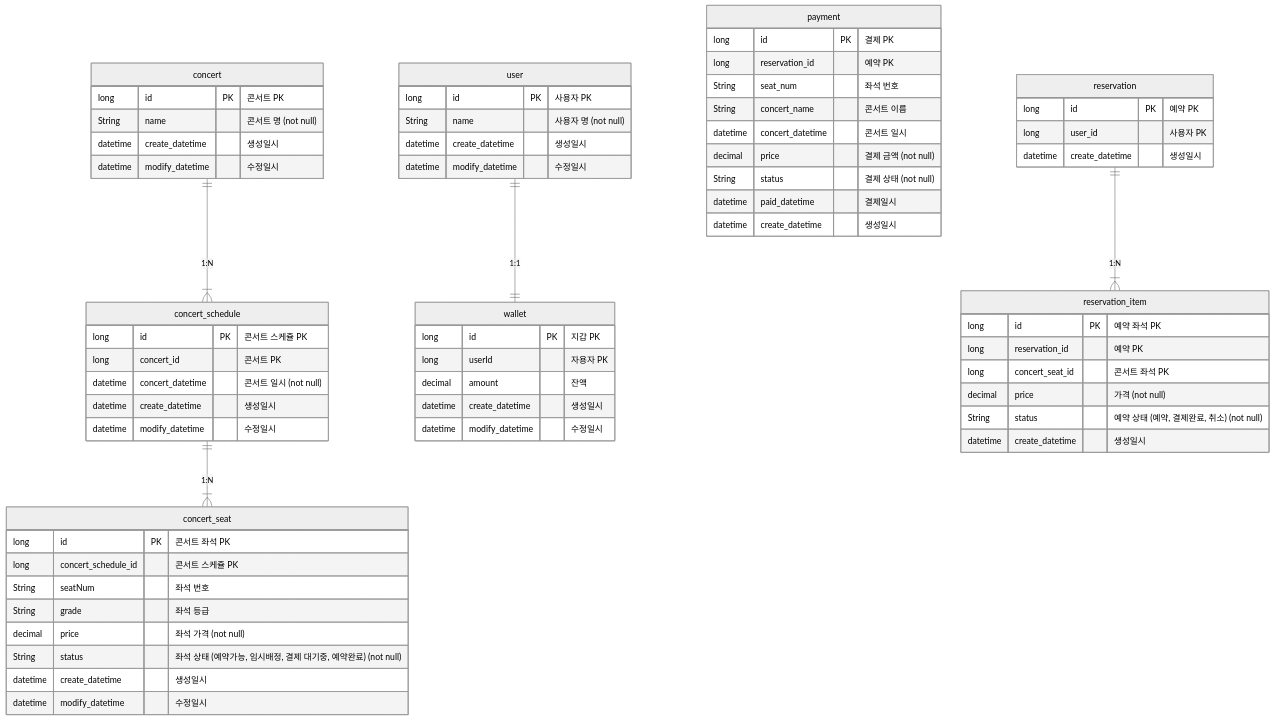
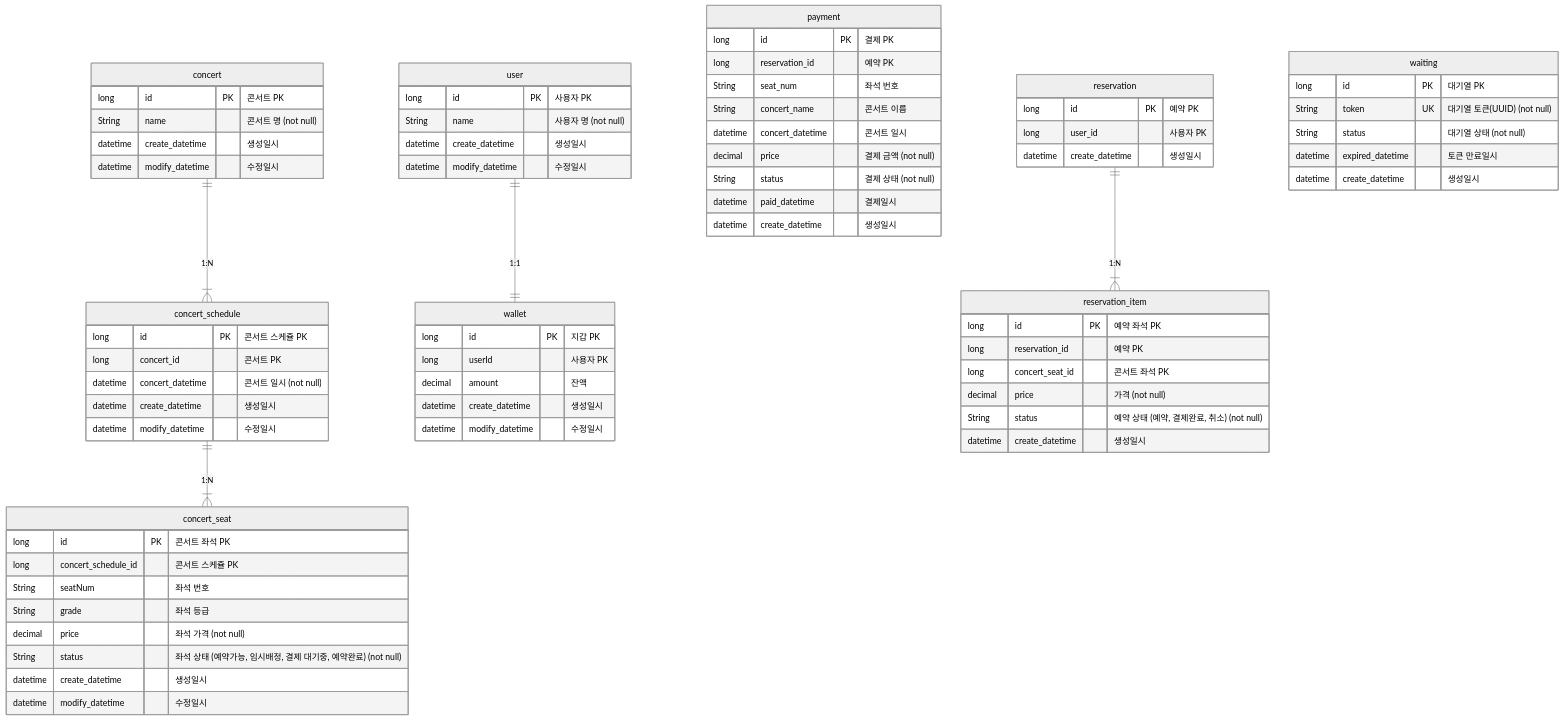
Before and after one commit to jo94kr/hhplus-03-server-construction: the diagram in docs/ERD.md, drawn with Mermaid (neutral theme). The commit also changed other lines of this file and 20 other files, not shown here.

Commit message:
style: erd, api 문서, api URL 수정

````diff
--- a/docs/ERD.md
+++ b/docs/ERD.md
@@ -1,71 +1,79 @@
 ```mermaid
 erDiagram
     concert ||--|{ concert_schedule: "1:N"
     concert_schedule ||--|{ concert_seat: "1:N"
     concert {
         long id PK "콘서트 PK"
         String name "콘서트 명 (not null)"
         datetime create_datetime "생성일시"
         datetime modify_datetime "수정일시"
     }
     concert_schedule {
         long id PK "콘서트 스케쥴 PK"
         long concert_id "콘서트 PK"
         datetime concert_datetime "콘서트 일시 (not null)"
         datetime create_datetime "생성일시"
         datetime modify_datetime "수정일시"
     }
     concert_seat {
         long id PK "콘서트 좌석 PK"
         long concert_schedule_id "콘서트 스케쥴 PK"
         String seatNum "좌석 번호"
         String grade "좌석 등급"
         decimal price "좌석 가격 (not null)"
         String status "좌석 상태 (예약가능, 임시배정, 결제 대기중, 예약완료) (not null)"
         datetime create_datetime "생성일시"
         datetime modify_datetime "수정일시"
     }
 
     user ||--|| wallet: "1:1"
     user {
         long id PK "사용자 PK"
         String name "사용자 명 (not null)"
         datetime create_datetime "생성일시"
         datetime modify_datetime "수정일시"
     }
     wallet {
     %% 추후 확장성을 고려하여 잔액에 관한 테이블을 분리 (ex. 포인트)
         long id PK "지갑 PK"
-        long userId "자용자 PK"
+        long userId "사용자 PK"
         decimal amount "잔액"
         datetime create_datetime "생성일시"
         datetime modify_datetime "수정일시"
     }
     
     payment {
         long id PK "결제 PK"
         long reservation_id "예약 PK"
         String seat_num "좌석 번호"
         String concert_name "콘서트 이름"
         datetime concert_datetime "콘서트 일시"
         decimal price "결제 금액 (not null)"
         String status "결제 상태 (not null)"
         datetime paid_datetime "결제일시"
         datetime create_datetime "생성일시"
     }
     
     reservation ||--|{ reservation_item: "1:N"
     reservation {
         long id PK "예약 PK"
         long user_id "사용자 PK"
         datetime create_datetime "생성일시"
     }
     reservation_item {
         long id PK "예약 좌석 PK"
         long reservation_id "예약 PK"
         long concert_seat_id "콘서트 좌석 PK"
         decimal price "가격 (not null)"
         String status "예약 상태 (예약, 결제완료, 취소) (not null)"
         datetime create_datetime "생성일시"
     }
+
+    waiting {
+        long id PK "대기열 PK"
+        String token UK "대기열 토큰(UUID) (not null)"
+        String status "대기열 상태 (not null)"
+        datetime expired_datetime "토큰 만료일시"
+        datetime create_datetime "생성일시"
+    }
 ```
````
